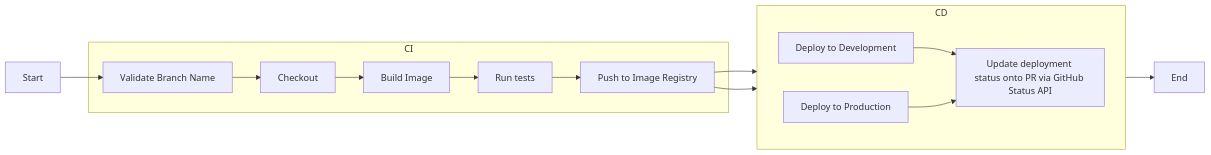
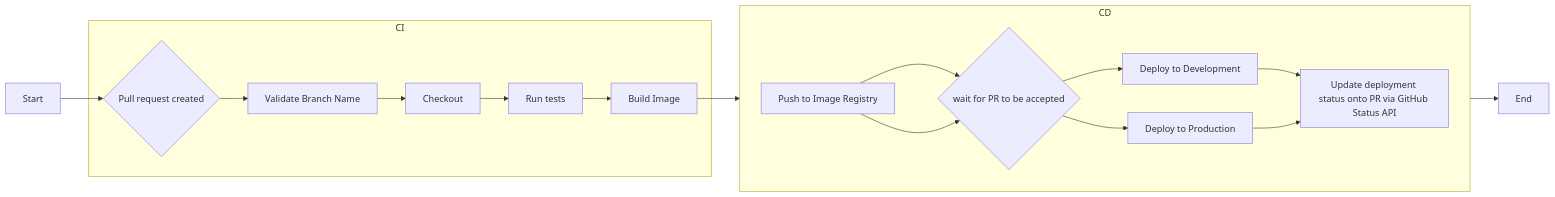
Before and after one commit to Qu11et/Yoong-DevOps-Intern-Projects: the diagram in project-02/README.md, drawn with Mermaid.

Commit message:
Update README.md flowchart

````diff
--- a/project-02/README.md
+++ b/project-02/README.md
@@ -53,27 +53,30 @@
 ```mermaid
 flowchart LR
  subgraph ci["CI"]
+        pr{"Pull request created"}
         validate["Validate Branch Name"]
         checkout["Checkout"]
         build["Build Image"]
         test["Run tests"]
-        push["Push to Image Registry"] 
+        
   end
  subgraph cd["CD"]
     direction LR
+        push["Push to Image Registry"] 
+        pra{"wait for PR to be accepted"}
         deployDev["Deploy to Development"]
         deployProd["Deploy to Production"]
         postAct["Update deployment status onto PR via GitHub Status API"]
         
   end
-    start["Start"] --> validate
+    start["Start"] --> pr --> validate
     validate --> checkout
-    checkout --> build
-    build --> test
-    test --> push
-    push --> deployDev
-    push --> deployProd
+    checkout --> test
+    test --> build
+    build --> push
+    push --> pra --> deployDev
+    push --> pra --> deployProd
     deployDev --> postAct
     deployProd --> postAct
     postAct --> endi["End"]
 ```
````
